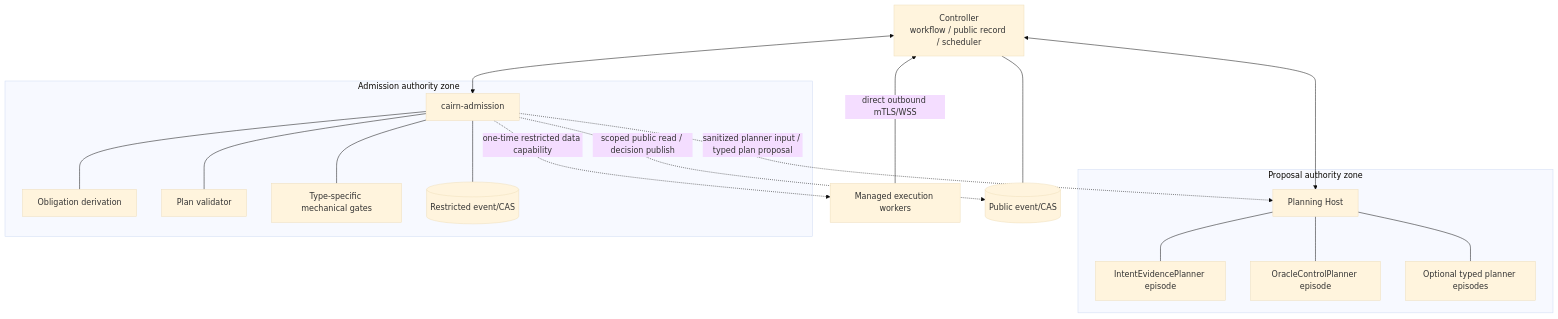
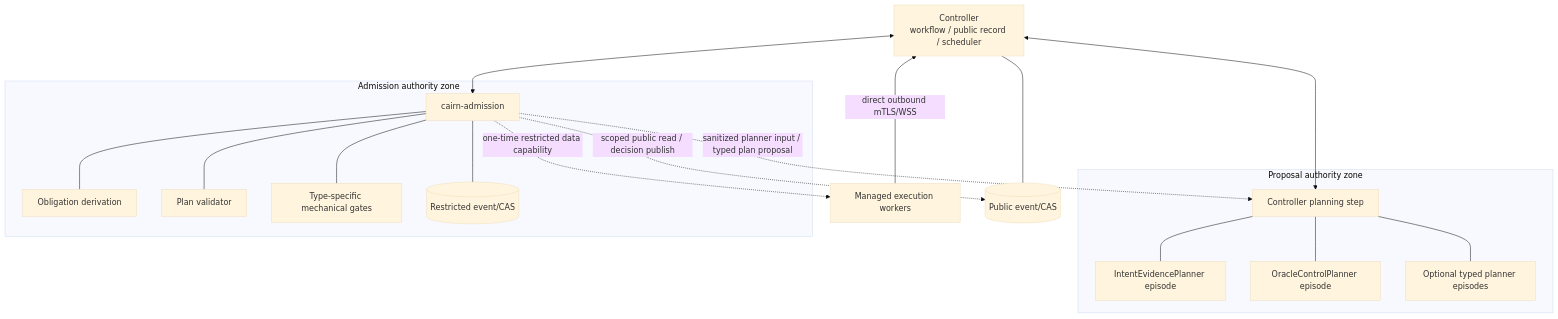
Before and after one commit to ascendresearch/cairn: the second of 3 diagrams in docs/design/ADMISSION_ARCHITECTURE.md, drawn with Mermaid (base theme). The commit also changed other lines of this file and 71 other files, not shown here.

````diff
--- a/docs/design/ADMISSION_ARCHITECTURE.md
+++ b/docs/design/ADMISSION_ARCHITECTURE.md
@@ -481,37 +480,37 @@
 ```mermaid
 flowchart TB
     controller["Controller\nworkflow / public record / scheduler"]
 
     subgraph proposal["Proposal authority zone"]
-      host["Planning Host"]
+      host["Controller planning step"]
       intentp["IntentEvidencePlanner episode"]
       oraclep["OracleControlPlanner episode"]
       perfp["Optional typed planner episodes"]
       host --- intentp
       host --- oraclep
       host --- perfp
     end
 
     subgraph admissionzone["Admission authority zone"]
       service["cairn-admission"]
       derive["Obligation derivation"]
       validator["Plan validator"]
       gates["Type-specific mechanical gates"]
       restricted[("Restricted event/CAS")]
       service --- derive
       service --- validator
       service --- gates
       service --- restricted
     end
 
     workers["Managed execution workers"]
     public[("Public event/CAS")]
 
     controller <--> host
     controller <--> service
     service -. "sanitized planner input / typed plan proposal" .-> host
     workers -->|"direct outbound mTLS/WSS"| controller
     service -. "one-time restricted data capability" .-> workers
     controller --- public
     service -. "scoped public read / decision publish" .-> public
 ```
````
